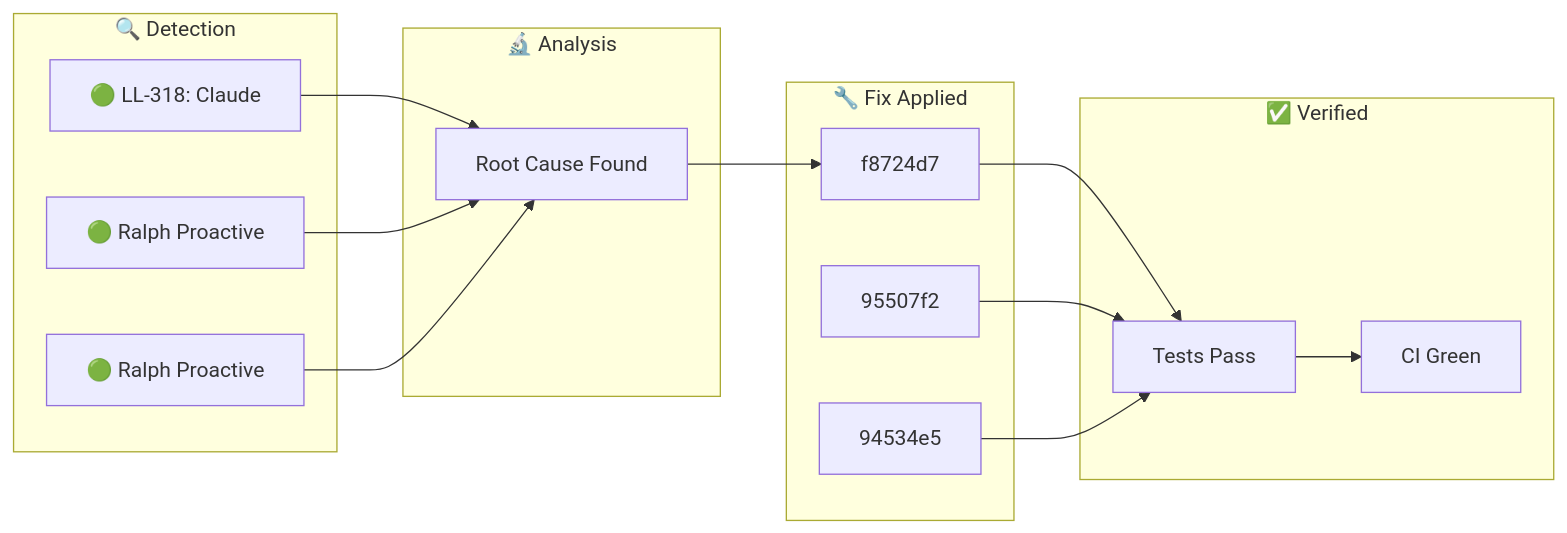
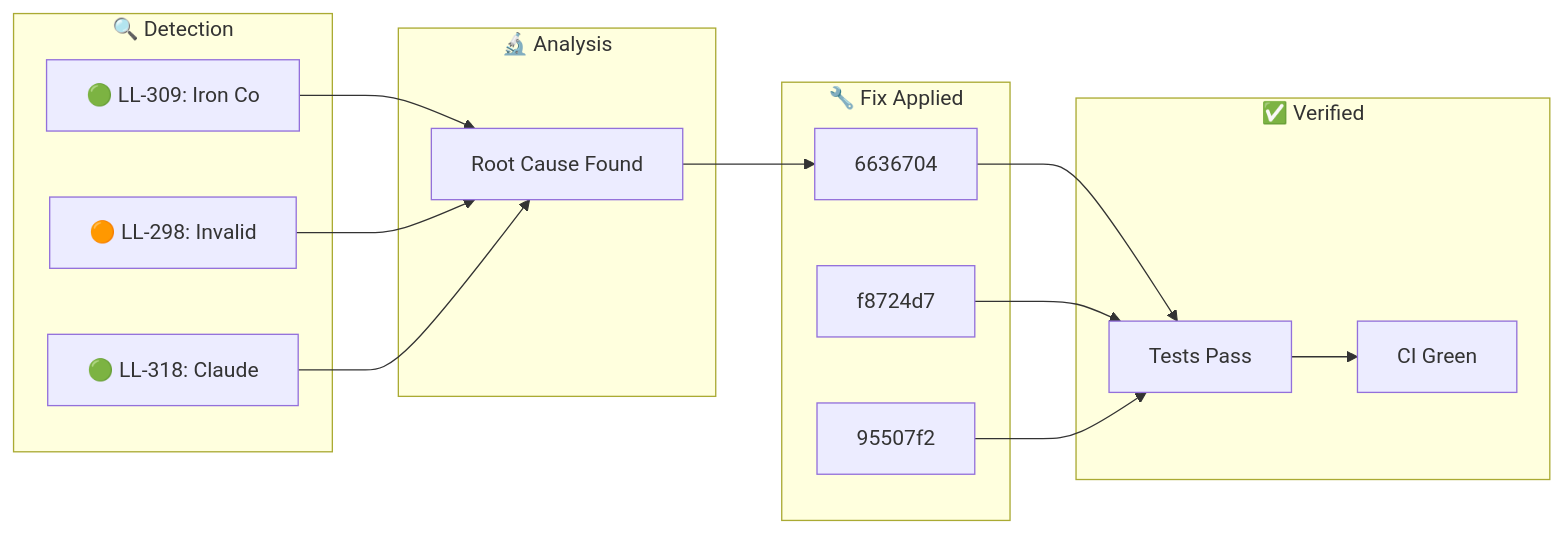
Before and after one commit to YoByron/trading: the diagram in docs/_posts/2026-01-28-ralph-discovery.md, drawn with Mermaid. The commit also changed other lines of this file, not shown here.

Commit message:
docs(ralph): Auto-publish discovery blog post

````diff
--- a/docs/_posts/2026-01-28-ralph-discovery.md
+++ b/docs/_posts/2026-01-28-ralph-discovery.md
@@ -17,28 +17,28 @@
 ```mermaid
 flowchart LR
     subgraph Detection["🔍 Detection"]
-        D1["🟢 LL-318: Claude "]
-        D2["🟢 Ralph Proactive"]
-        D3["🟢 Ralph Proactive"]
+        D1["🟢 LL-309: Iron Co"]
+        D2["🟠 LL-298: Invalid"]
+        D3["🟢 LL-318: Claude "]
     end
     subgraph Analysis["🔬 Analysis"]
         A1["Root Cause Found"]
     end
     subgraph Fix["🔧 Fix Applied"]
-        F1["f8724d7"]
-        F2["95507f2"]
-        F3["94534e5"]
+        F1["6636704"]
+        F2["f8724d7"]
+        F3["95507f2"]
     end
     subgraph Verify["✅ Verified"]
         V1["Tests Pass"]
         V2["CI Green"]
     end
     D1 --> A1
     D2 --> A1
     D3 --> A1
     A1 --> F1
     F1 --> V1
     F2 --> V1
     F3 --> V1
     V1 --> V2
 ```
````
